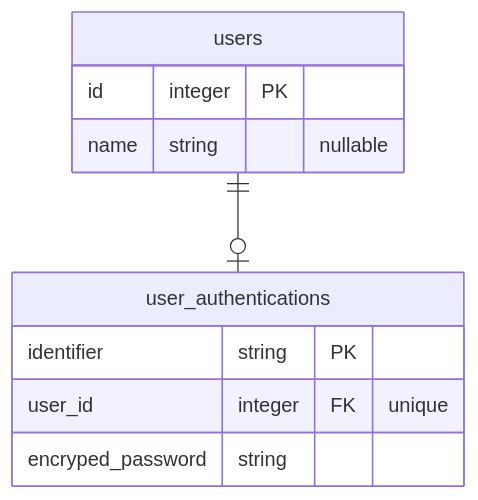
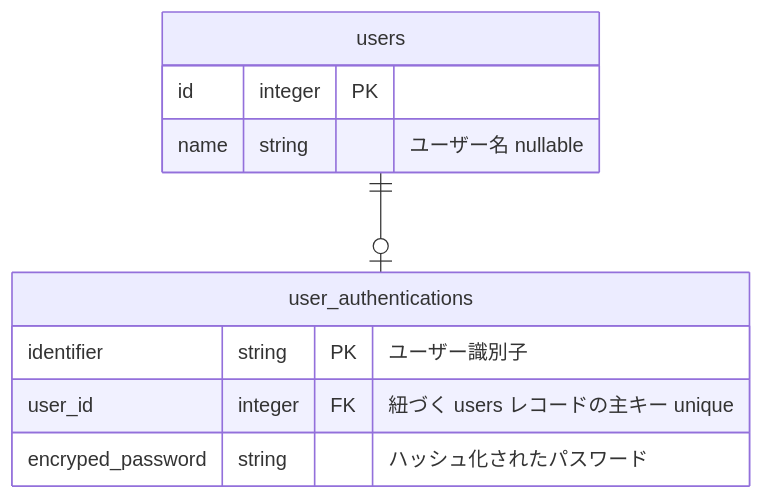
One commit to matcher-inc/pre-joining-assignment-for-intern changed the diagram in requirements/step1-sign_up.md. Above: the diagram before and after it, drawn with Mermaid. The commit also changed other lines of this file, not shown here.

````diff
--- a/requirements/step1-sign_up.md
+++ b/requirements/step1-sign_up.md
@@ -17,16 +41,16 @@
 ```mermaid
 erDiagram
 
 users {
   id integer PK
-  name string "nullable"
+  name string "ユーザー名 nullable"
 }
 
 user_authentications {
-  identifier string PK
-  user_id integer FK "unique"
-  encryped_password string
+  identifier string PK "ユーザー識別子"
+  user_id integer FK "紐づく users レコードの主キー unique"
+  encryped_password string "ハッシュ化されたパスワード"
 }
 
 users ||--o| user_authentications : ""
 ```
````
